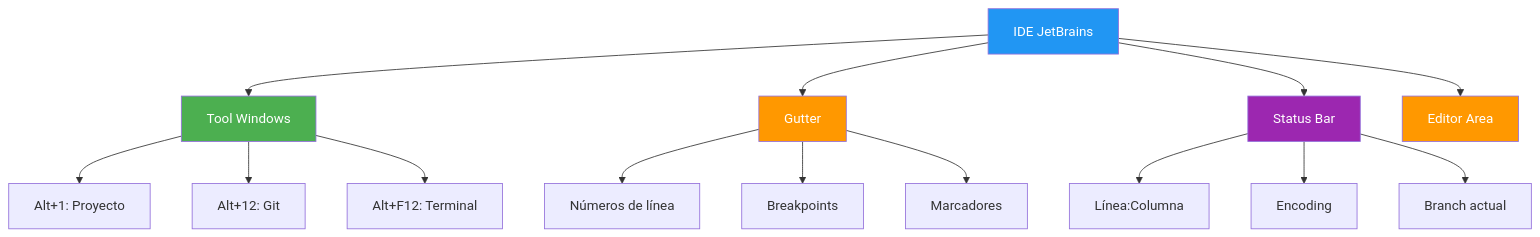
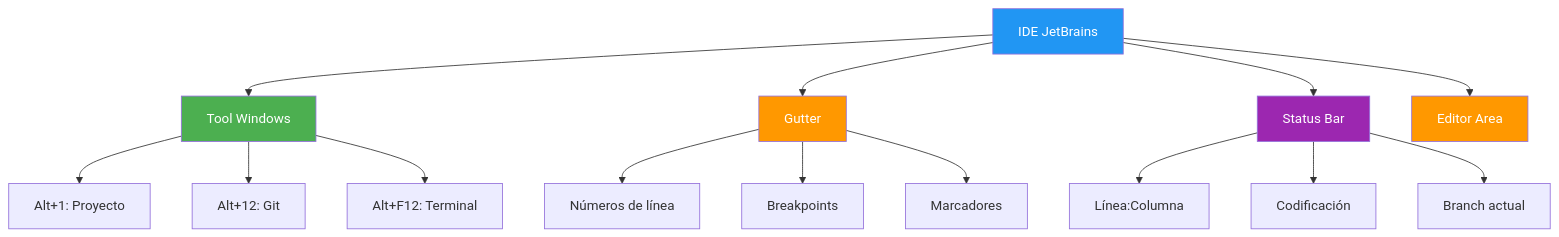
The first of 3 diagrams in 03-anatomia-ides.md (joseluisgs/EntornosDesarrollo-02-2026-2027), drawn with Mermaid before and after one commit. The commit also changed other lines of this file and 9 other files, not shown here.

First line of the commit message:
[fix] Auditoría completa UD02: errores, formato, CCEE, Mermaid, ejemplos

````diff
--- a/03-anatomia-ides.md
+++ b/03-anatomia-ides.md
@@ -37,25 +39,25 @@
 ```mermaid
 graph TD
     A[IDE JetBrains] --> B[Tool Windows]
     A --> C[Gutter]
     A --> D[Status Bar]
     A --> E[Editor Area]
 
     B --> B1[Alt+1: Proyecto]
     B --> B2[Alt+12: Git]
     B --> B3[Alt+F12: Terminal]
 
     C --> C1[Números de línea]
     C --> C2[Breakpoints]
     C --> C3[Marcadores]
 
     D --> D1[Línea:Columna]
-    D --> D2[Encoding]
+    D --> D2[Codificación]
     D --> D3[Branch actual]
 
     style A fill:#2196F3,color:#fff
     style B fill:#4CAF50,color:#fff
     style C fill:#FF9800,color:#fff
     style D fill:#9C27B0,color:#fff
     style E fill:#FF9800,color:#fff
 ```
````
